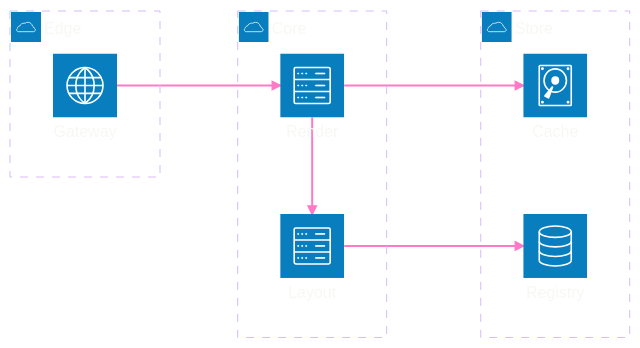
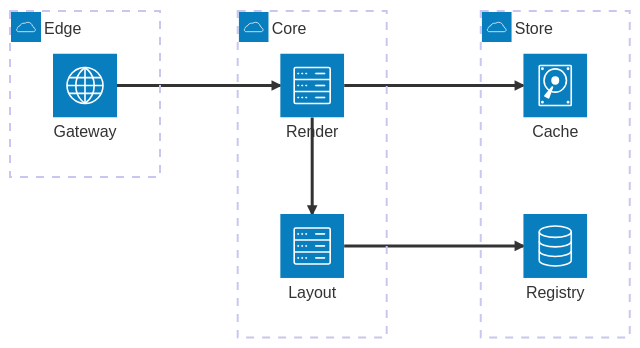
One commit to bsamiee/Rasm changed diagram 13 of 25 in .claude/skills/mermaid-diagramming/references/syntax-extended.md. Above: the diagram before and after it, drawn with Mermaid. The commit also changed other lines of this file and 28 other files, not shown here.

Commit message:
skills(docgen+mermaid): payload-only diagram law — docgen gate/fixer strips fence styling; mermaid bundle sheds the styling canon, theming survives as one opt-in reference

````diff
--- a/.claude/skills/mermaid-diagramming/references/syntax-extended.md
+++ b/.claude/skills/mermaid-diagramming/references/syntax-extended.md
@@ -736,42 +406,27 @@
 ```mermaid
 ---
 config:
-  theme: base
-  look: classic
   architecture:
     seed: 4
     iconSize: 64
-  themeVariables:
-    darkMode: true
-    fontFamily: "SF Mono, Menlo, Cascadia Mono, Segoe UI Mono, Consolas, monospace"
-    useGradient: false
-    dropShadow: "none"
-    textColor: "#F8F8F2"
-    lineColor: "#FF79C6"
-    archEdgeColor: "#FF79C6"
-    archEdgeArrowColor: "#FF79C6"
-    archEdgeWidth: "2"
-    archGroupBorderColor: "#D6BCFA"
-    archGroupBorderWidth: "1"
-  themeCSS: ".architecture-service svg rect{fill:#44475A!important}.architecture-groups svg rect{fill:#44475A!important}.architecture-groups text{fill:#D6BCFA;font-size:13.5px;font-weight:700;letter-spacing:.08em}.architecture-services text{font-size:13px;font-weight:500}.node-bkg{stroke-dasharray:5 4}"
 ---
 architecture-beta
   accTitle: Render service topology
   accDescr: An edge gateway feeding a render service pair backed by a cache and a registry database, with proof storage receiving output.
   group edge(cloud)[Edge]
   group core(cloud)[Core]
   group store(cloud)[Store]
   service gw(internet)[Gateway] in edge
   service render(server)[Render] in core
   service layout(server)[Layout] in core
   service cache(disk)[Cache] in store
   service registry(database)[Registry] in store
   gw:R --> L:render
   render:R --> L:cache
   layout:R --> L:registry
   render:B --> T:layout
   align column render layout
   align row gw render cache
   align row layout registry
   align column cache registry
 ```
````
